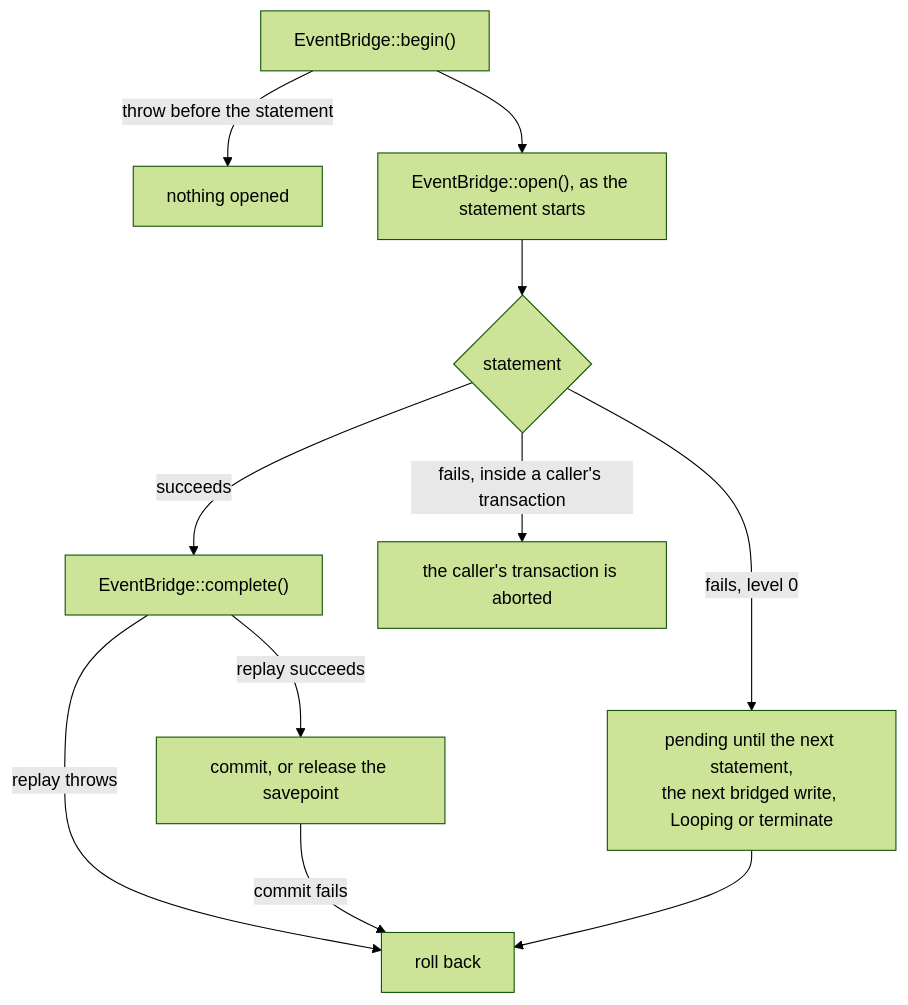
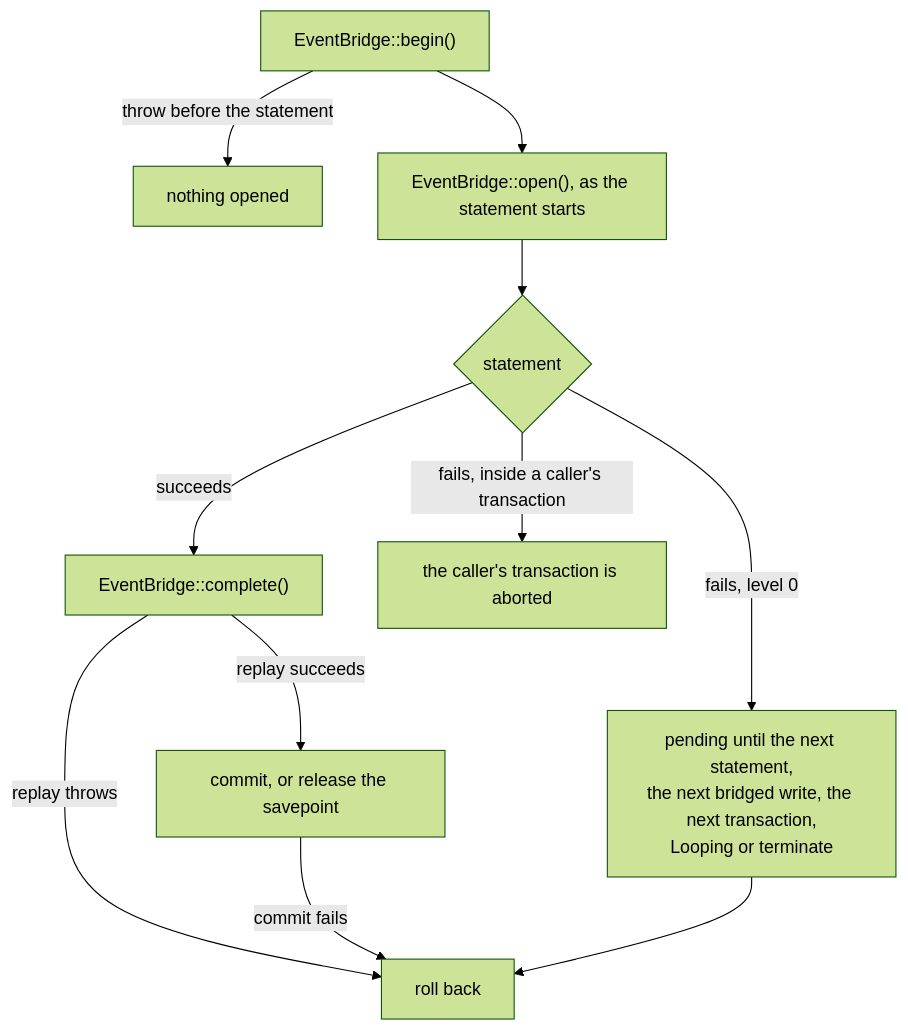
The diagram in docs/flows/failure-and-rollback.md (AryeoHQ/eloquent-compatibility), drawn with Mermaid (forest theme) before and after one commit. The commit also changed other lines of this file and 27 other files, not shown here.

````diff
--- a/docs/flows/failure-and-rollback.md
+++ b/docs/flows/failure-and-rollback.md
@@ -5,13 +5,13 @@
 ```mermaid
 flowchart TD
   Begin["EventBridge::begin()"] -->|throw before the statement| Nothing["nothing opened"]
   Begin --> Open["EventBridge::open(), as the statement starts"]
   Open --> Statement{"statement"}
   Statement -->|succeeds| Complete["EventBridge::complete()"]
   Complete -->|replay succeeds| Commit["commit, or release the savepoint"]
   Complete -->|replay throws| Rollback["roll back"]
   Commit -->|commit fails| Rollback
-  Statement -->|fails, level 0| Pending["pending until the next statement,<br/>the next bridged write, Looping or terminate"]
+  Statement -->|fails, level 0| Pending["pending until the next statement,<br/>the next bridged write, the next transaction,<br/>Looping or terminate"]
   Pending --> Rollback
   Statement -->|fails, inside a caller's transaction| Caller["the caller's transaction is aborted"]
 ```
````
